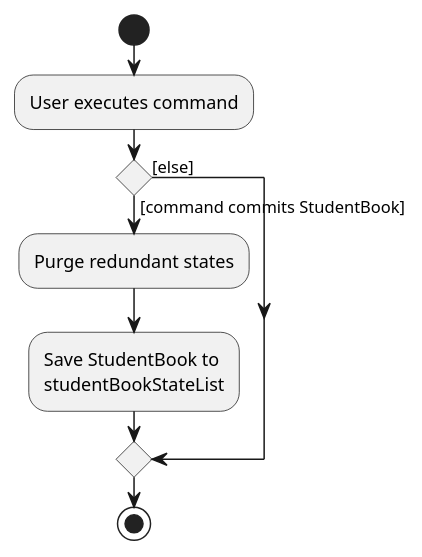
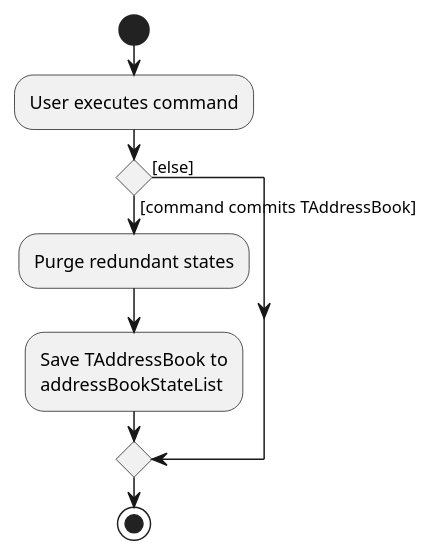
One commit to nus-cs2103-AY2122S2/tp changed the diagram in docs/diagrams/CommitActivityDiagram.puml. Above: the diagram before and after it, drawn with PlantUML. The commit also changed 14 other files, not shown here.

```diff
--- a/docs/diagrams/CommitActivityDiagram.puml
+++ b/docs/diagrams/CommitActivityDiagram.puml
@@ -1,15 +1,15 @@
 @startuml
 start
 :User executes command;
 
 'Since the beta syntax does not support placing the condition outside the
 'diamond we place it as the true branch instead.
 
-if () then ([command commits StudentBook])
+if () then ([command commits TAddressBook])
     :Purge redundant states;
-    :Save StudentBook to
-    studentBookStateList;
+    :Save TAddressBook to
+    addressBookStateList;
 else ([else])
 endif
 stop
 @enduml
```
